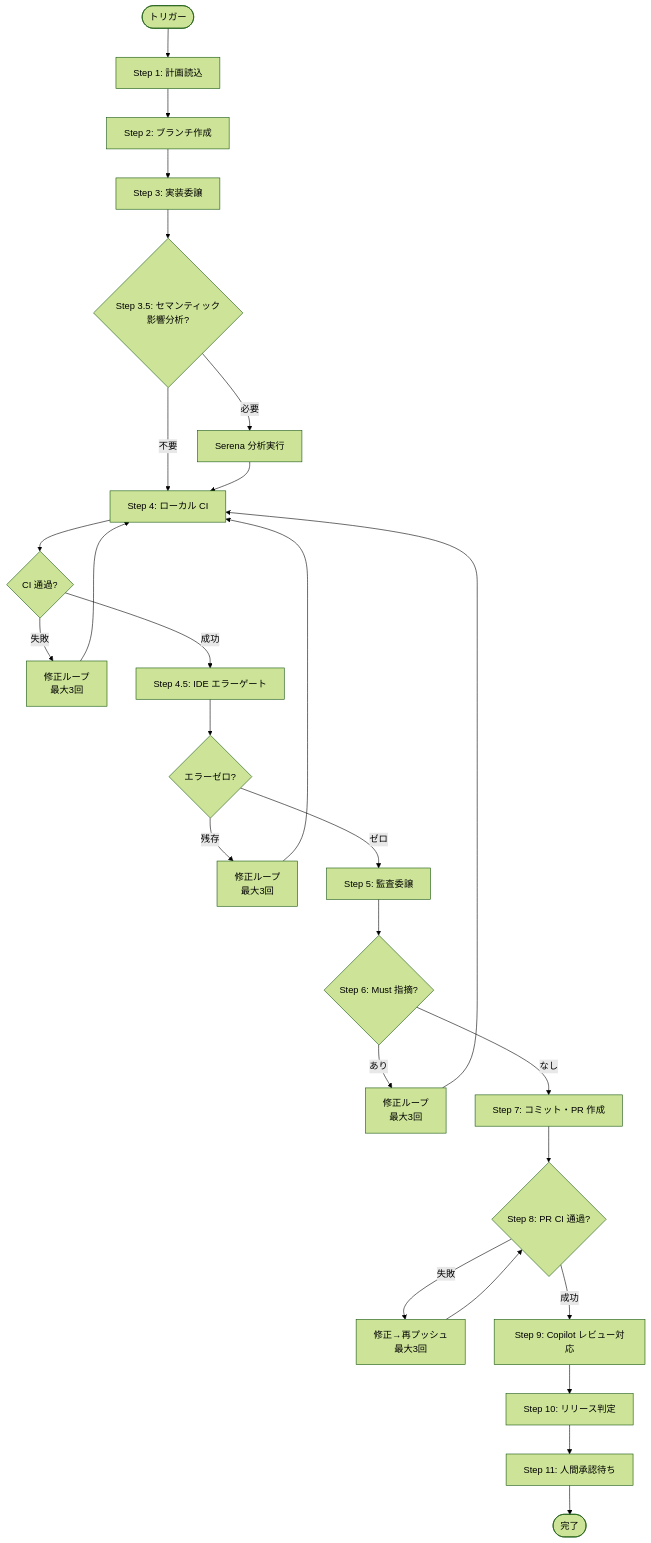
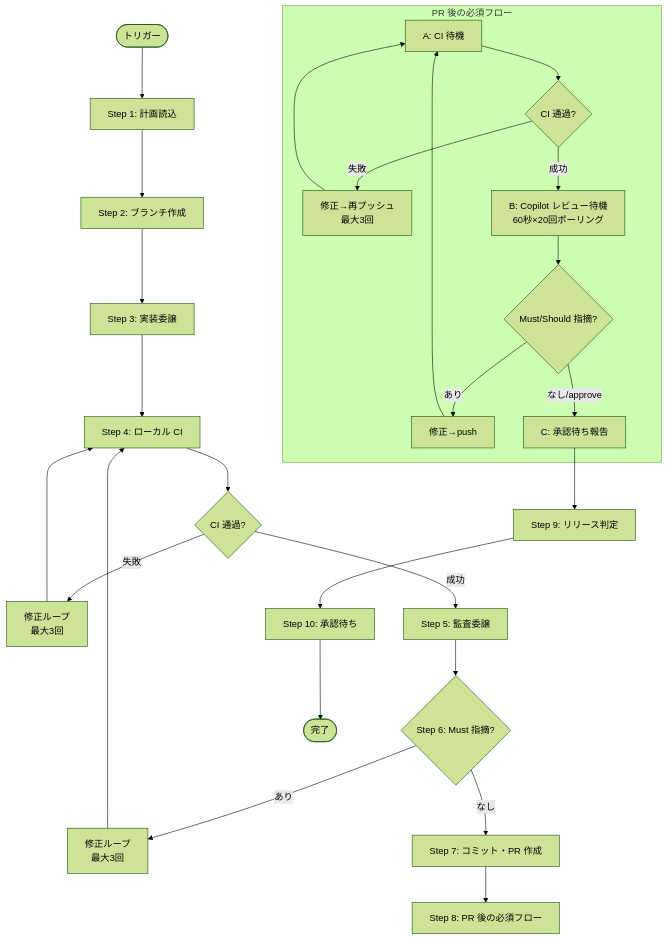
One commit to KosGit-ti/dev-orchestration-template changed the third of 5 diagrams in docs/orchestration.md. Above: the diagram before and after it, drawn with Mermaid (forest theme). The commit also changed other lines of this file and 10 other files, not shown here.

````diff
--- a/docs/orchestration.md
+++ b/docs/orchestration.md
@@ -200,29 +199,31 @@
 ```mermaid
 flowchart TD
     Start([トリガー]) --> S1[Step 1: 計画読込]
     S1 --> S2[Step 2: ブランチ作成]
     S2 --> S3[Step 3: 実装委譲]
-    S3 --> S3_5{Step 3.5: セマンティック<br/>影響分析?}
-    S3_5 -->|必要| S3_5a[Serena 分析実行]
-    S3_5 -->|不要| S4
-    S3_5a --> S4[Step 4: ローカル CI]
+    S3 --> S4[Step 4: ローカル CI]
     S4 --> S4_pass{CI 通過?}
     S4_pass -->|失敗| S4_fix[修正ループ<br/>最大3回]
     S4_fix --> S4
-    S4_pass -->|成功| S4_5[Step 4.5: IDE エラーゲート]
-    S4_5 --> S4_5_pass{エラーゼロ?}
-    S4_5_pass -->|残存| S4_5_fix[修正ループ<br/>最大3回]
-    S4_5_fix --> S4
-    S4_5_pass -->|ゼロ| S5[Step 5: 監査委譲]
+    S4_pass -->|成功| S5[Step 5: 監査委譲]
     S5 --> S6{Step 6: Must 指摘?}
     S6 -->|あり| S6_fix[修正ループ<br/>最大3回]
     S6_fix --> S4
     S6 -->|なし| S7[Step 7: コミット・PR 作成]
-    S7 --> S8{Step 8: PR CI 通過?}
-    S8 -->|失敗| S8_fix[修正→再プッシュ<br/>最大3回]
-    S8_fix --> S8
-    S8 -->|成功| S9[Step 9: Copilot レビュー対応]
-    S9 --> S10[Step 10: リリース判定]
-    S10 --> S11[Step 11: 人間承認待ち]
-    S11 --> End([完了])
+    S7 --> S8[Step 8: PR 後の必須フロー]
+
+    subgraph S8sub [PR 後の必須フロー]
+        S8A[A: CI 待機] --> S8A_pass{CI 通過?}
+        S8A_pass -->|失敗| S8A_fix[修正→再プッシュ<br/>最大3回]
+        S8A_fix --> S8A
+        S8A_pass -->|成功| S8B[B: Copilot レビュー待機<br/>60秒×20回ポーリング]
+        S8B --> S8B_check{Must/Should 指摘?}
+        S8B_check -->|あり| S8B_fix[修正→push]
+        S8B_fix --> S8A
+        S8B_check -->|なし/approve| S8C[C: 承認待ち報告]
+    end
+
+    S8C --> S9[Step 9: リリース判定]
+    S9 --> S10[Step 10: 承認待ち]
+    S10 --> End([完了])
 ```
````
